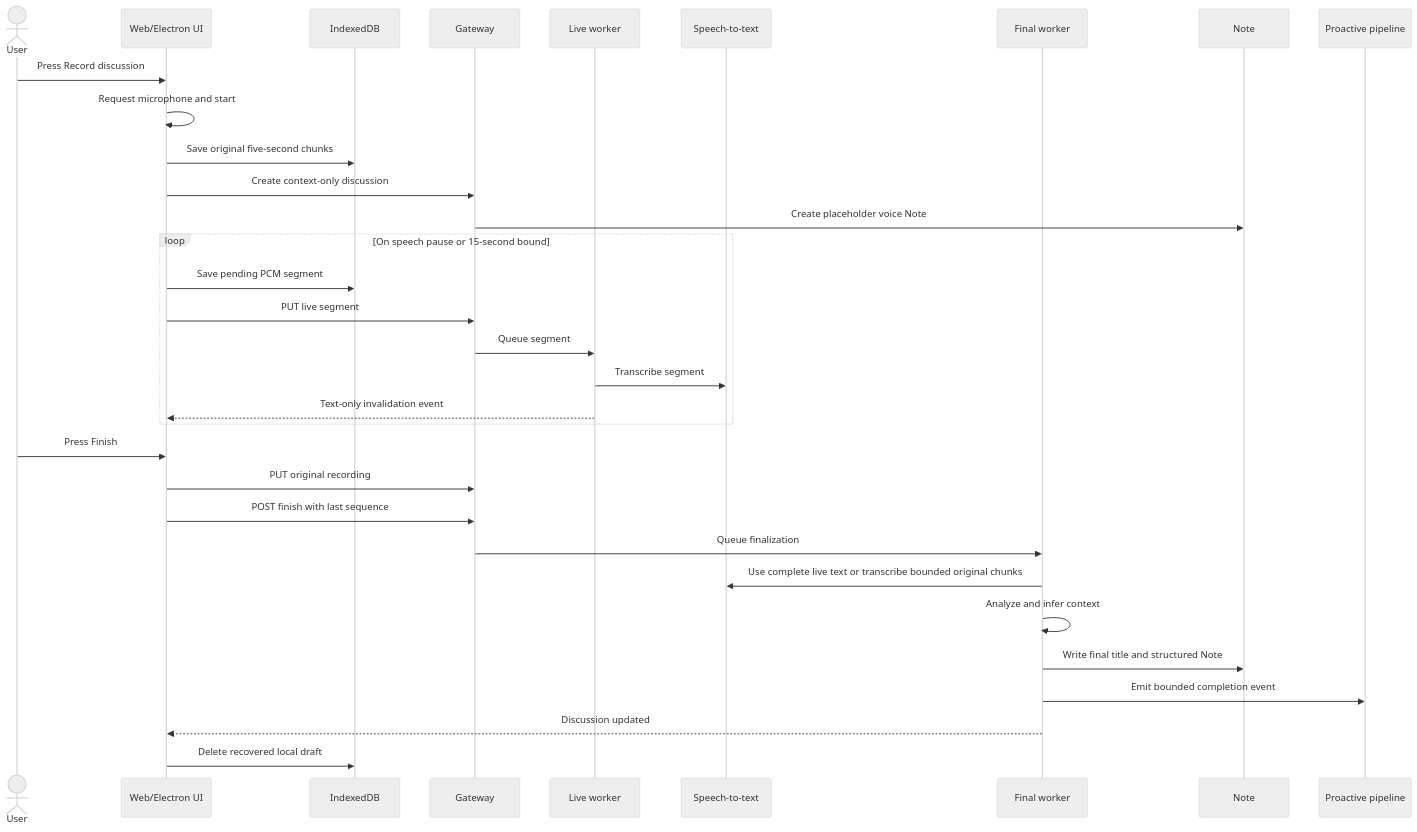
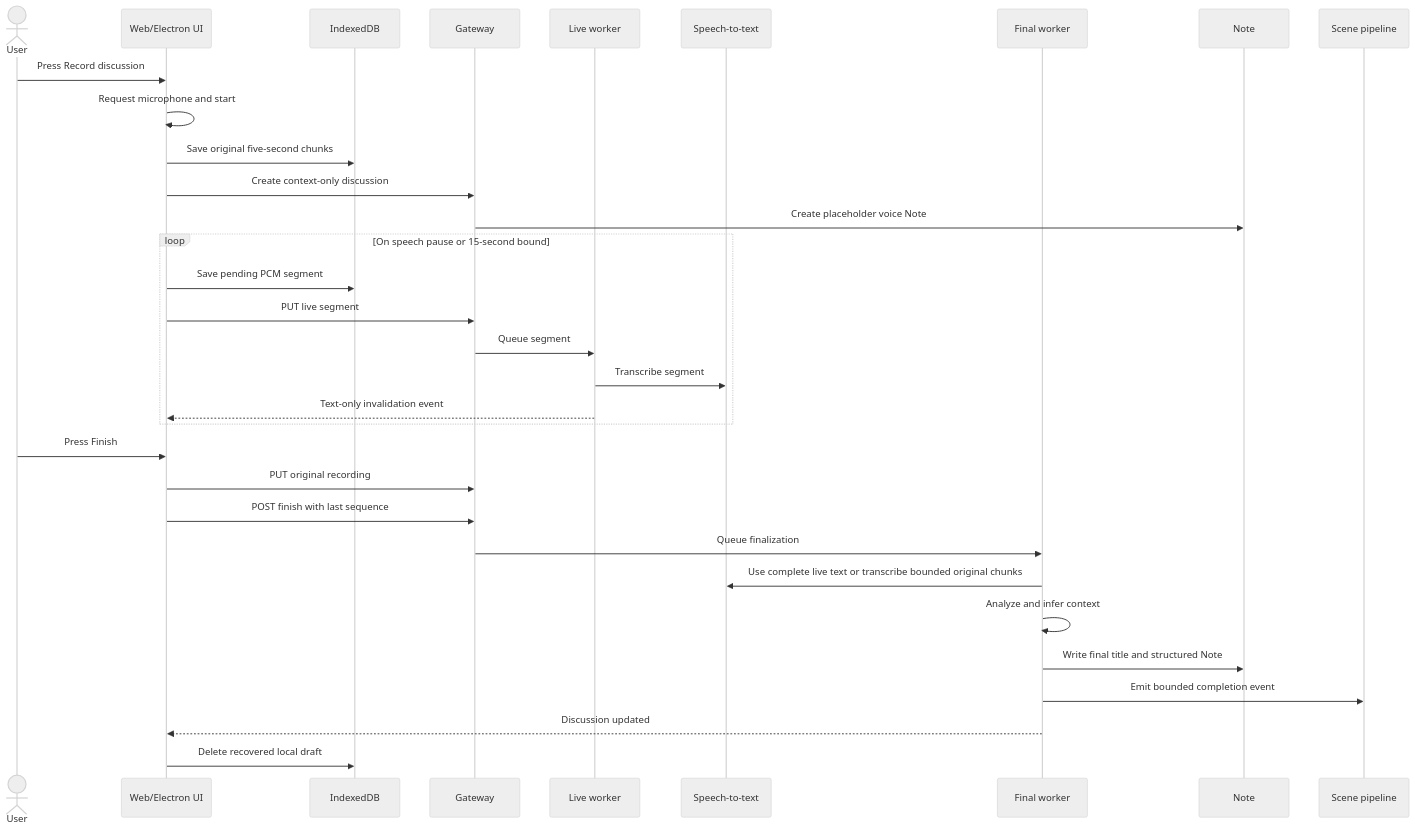
The first of 2 diagrams in docs/design/discussion-capture-mvp.md (xopcai/xopc), drawn with Mermaid (neutral theme) before and after one commit. The commit also changed other lines of this file and 267 other files, not shown here.

````diff
--- a/docs/design/discussion-capture-mvp.md
+++ b/docs/design/discussion-capture-mvp.md
@@ -52,35 +52,35 @@
 ```mermaid
 sequenceDiagram
     actor U as User
     participant UI as Web/Electron UI
     participant IDB as IndexedDB
     participant API as Gateway
     participant LW as Live worker
     participant STT as Speech-to-text
     participant FW as Final worker
     participant N as Note
-    participant PA as Proactive pipeline
+    participant PA as Scene pipeline
 
     U->>UI: Press Record discussion
     UI->>UI: Request microphone and start
     UI->>IDB: Save original five-second chunks
     UI->>API: Create context-only discussion
     API->>N: Create placeholder voice Note
     loop On speech pause or 15-second bound
         UI->>IDB: Save pending PCM segment
         UI->>API: PUT live segment
         API->>LW: Queue segment
         LW->>STT: Transcribe segment
         LW-->>UI: Text-only invalidation event
     end
     U->>UI: Press Finish
     UI->>API: PUT original recording
     UI->>API: POST finish with last sequence
     API->>FW: Queue finalization
     FW->>STT: Use complete live text or transcribe bounded original chunks
     FW->>FW: Analyze and infer context
     FW->>N: Write final title and structured Note
     FW->>PA: Emit bounded completion event
     FW-->>UI: Discussion updated
     UI->>IDB: Delete recovered local draft
 ```
````
